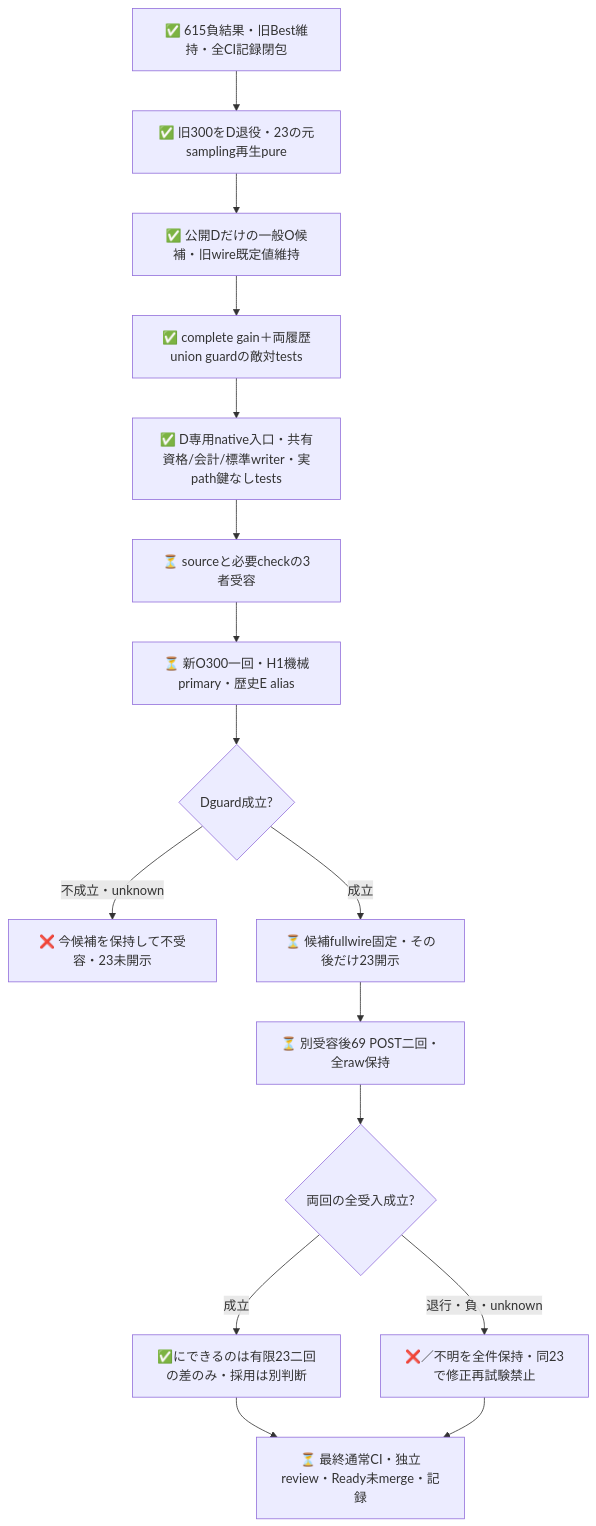
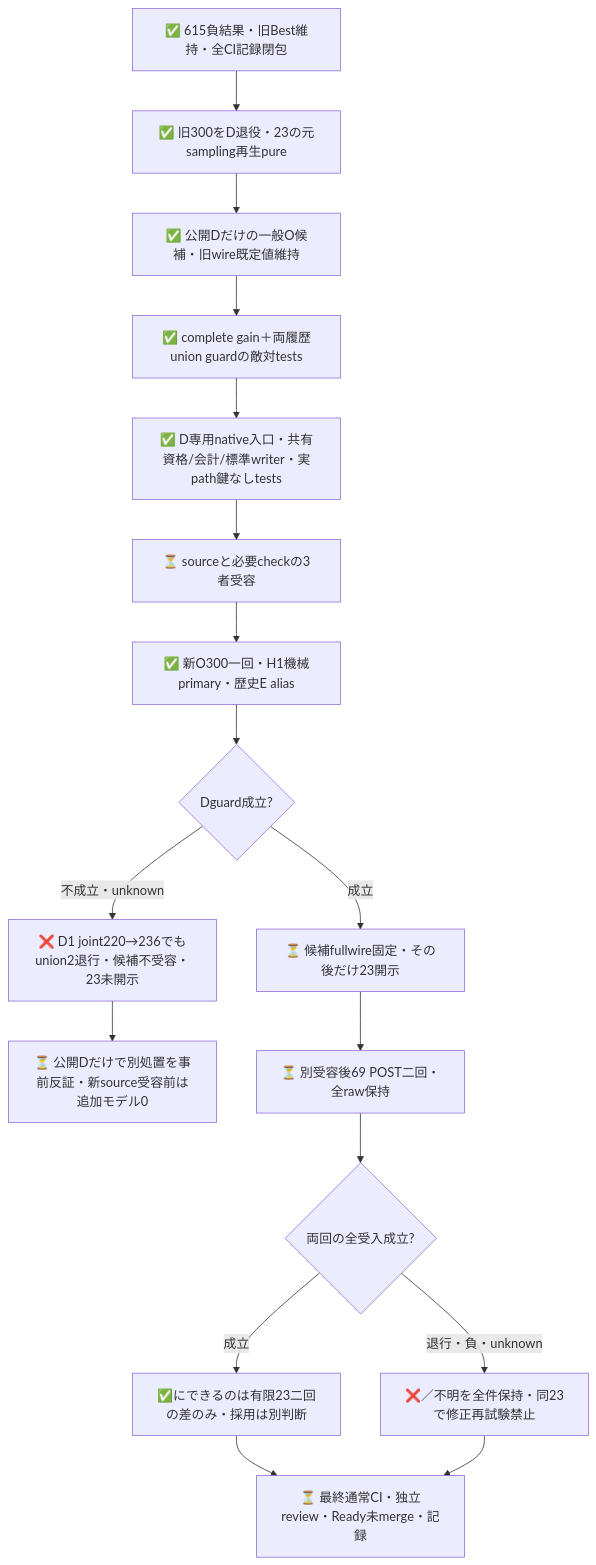
The second of 2 diagrams in experiments/sys1-eval-loop/reserve/README.md (roccho-org/ops), drawn with Mermaid before and after one commit. The commit also changed other lines of this file and 8 other files, not shown here.

````diff
--- a/experiments/sys1-eval-loop/reserve/README.md
+++ b/experiments/sys1-eval-loop/reserve/README.md
@@ -38,18 +46,19 @@
 ```mermaid
 flowchart TB
   OLD[✅ 615負結果・旧Best維持・全CI記録閉包] --> D[✅ 旧300をD退役・23の元sampling再生pure]
   D --> C[✅ 公開Dだけの一般O候補・旧wire既定値維持]
   C --> T[✅ complete gain＋両履歴union guardの敵対tests]
   T --> ENTRY[✅ D専用native入口・共有資格/会計/標準writer・実path鍵なしtests]
   ENTRY --> REVIEW[⏳ sourceと必要checkの3者受容]
-  REVIEW --> LIVE[⏳ 新O300一回・H1機械primary・歴史E alias]
+  REVIEW --> LIVE[✅ 新O300一回・H1機械primary・歴史E alias]
   LIVE --> G{Dguard成立?}
-  G -->|不成立・unknown| STOP[❌ 今候補を保持して不受容・23未開示]
+  G -->|不成立・unknown| STOP[❌ D1 joint220→236でもunion2退行・候補不受容・23未開示]
+  STOP --> NEXT[⏳ 公開Dだけで別処置を事前反証・新source受容前は追加モデル0]
   G -->|成立| FREEZE[⏳ 候補fullwire固定・その後だけ23開示]
   FREEZE --> H[⏳ 別受容後69 POST二回・全raw保持]
   H --> A{両回の全受入成立?}
   A -->|成立| FIN[✅にできるのは有限23二回の差のみ・採用は別判断]
   A -->|退行・負・unknown| NEG[❌／不明を全件保持・同23で修正再試験禁止]
   FIN --> CLOSE[⏳ 最終通常CI・独立review・Ready未merge・記録]
   NEG --> CLOSE
 ```
````
